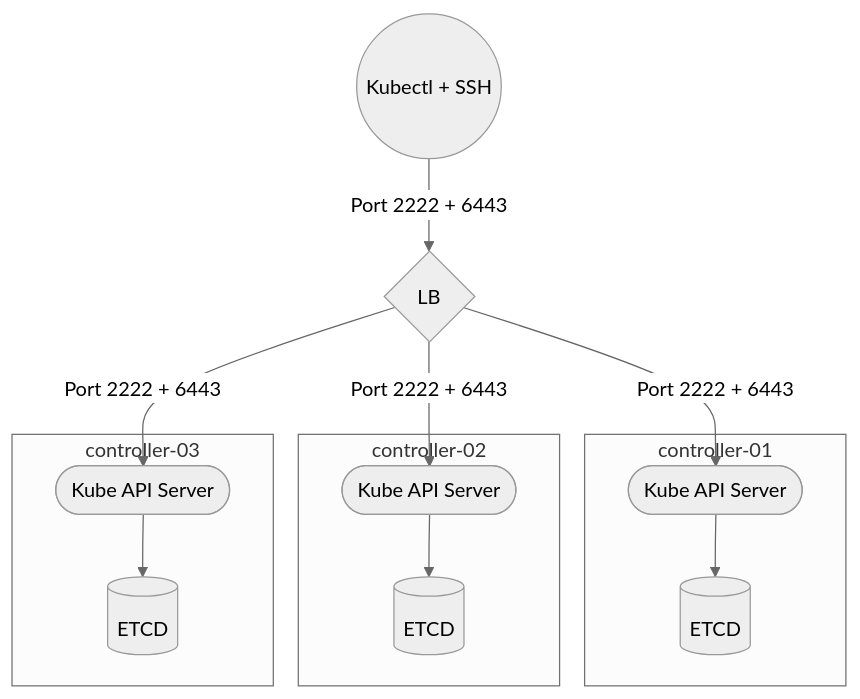
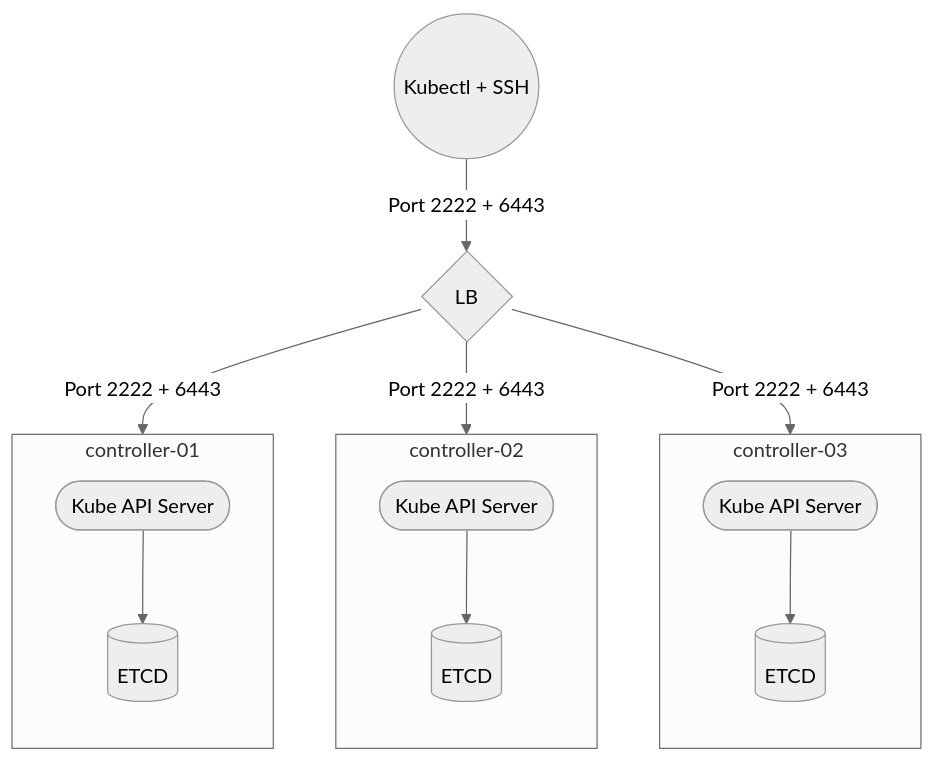
Before and after one commit to okami101/terraform-hcloud-k3s: the first of 2 diagrams in README.md, drawn with Mermaid (neutral theme). The commit also changed other lines of this file, not shown here.

Commit message:
simplified schema

````diff
--- a/README.md
+++ b/README.md
@@ -141,24 +141,27 @@
 ```mermaid
 flowchart TB
 admin((Kubectl + SSH))
 admin -- Port 2222 + 6443 --> lb{LB}
 lb{LB}
 subgraph controller-01
+  direction TB
   kube-apiserver-01([Kube API Server])
   etcd-01[(ETCD)]
   kube-apiserver-01 --> etcd-01
 end
 subgraph controller-02
+  direction TB
   kube-apiserver-02([Kube API Server])
   etcd-02[(ETCD)]
   kube-apiserver-02 --> etcd-02
 end
 subgraph controller-03
+  direction TB
   kube-apiserver-03([Kube API Server])
   etcd-03[(ETCD)]
   kube-apiserver-03 --> etcd-03
 end
-lb -- Port 2222 + 6443 --> kube-apiserver-01
-lb -- Port 2222 + 6443 --> kube-apiserver-02
-lb -- Port 2222 + 6443 --> kube-apiserver-03
+lb -- Port 2222 + 6443 --> controller-01
+lb -- Port 2222 + 6443 --> controller-02
+lb -- Port 2222 + 6443 --> controller-03
 ```
````
